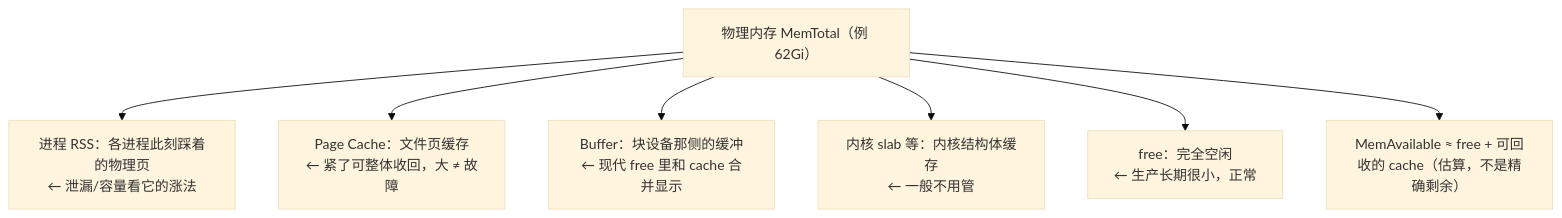
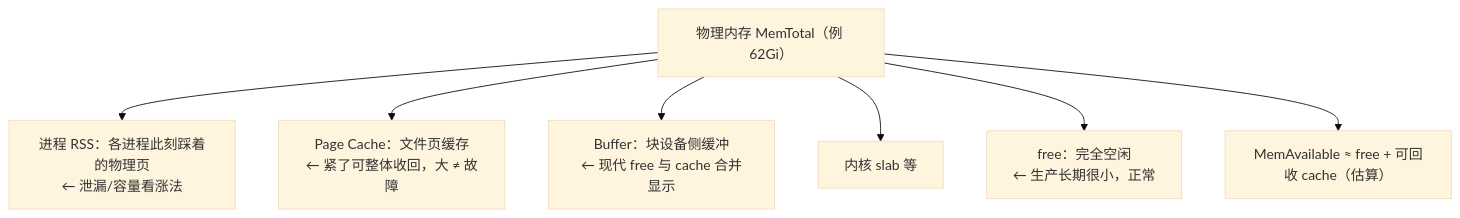
One commit to ml-cuizijun/LearnToLilith changed the third of 7 diagrams in 01-基础底座/07-内存与OOM/知识点.md. Above: the diagram before and after it, drawn with Mermaid (base theme). The commit also changed other lines of this file and 178 other files, not shown here.

````diff
--- a/01-基础底座/07-内存与OOM/知识点.md
+++ b/01-基础底座/07-内存与OOM/知识点.md
@@ -123,11 +128,10 @@
 ```mermaid
 graph TD
-    %% 物理内存的五大去向，全部折算成 MemAvailable
     M["物理内存 MemTotal（例 62Gi）"]
-    M --> A["进程 RSS：各进程此刻踩着的物理页<br/>← 泄漏/容量看它的涨法"]
+    M --> A["进程 RSS：各进程此刻踩着的物理页<br/>← 泄漏/容量看涨法"]
     M --> B["Page Cache：文件页缓存<br/>← 紧了可整体收回，大 ≠ 故障"]
-    M --> C["Buffer：块设备那侧的缓冲<br/>← 现代 free 里和 cache 合并显示"]
-    M --> D["内核 slab 等：内核结构体缓存<br/>← 一般不用管"]
+    M --> C["Buffer：块设备侧缓冲<br/>← 现代 free 与 cache 合并显示"]
+    M --> D["内核 slab 等"]
     M --> E["free：完全空闲<br/>← 生产长期很小，正常"]
-    M --> F["MemAvailable ≈ free + 可回收的 cache（估算，不是精确剩余）"]
+    M --> F["MemAvailable ≈ free + 可回收 cache（估算）"]
 ```
````
